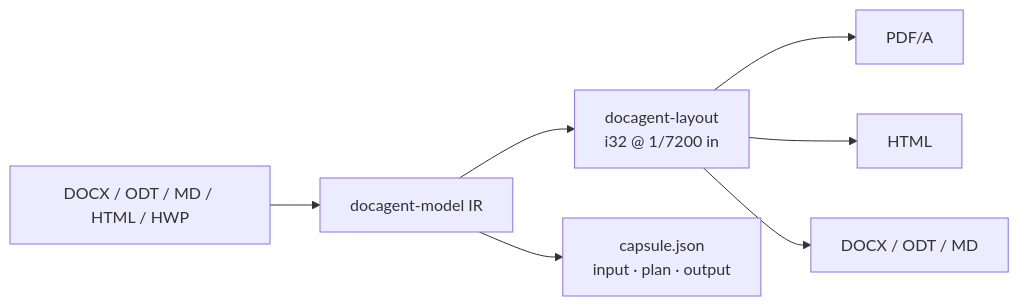
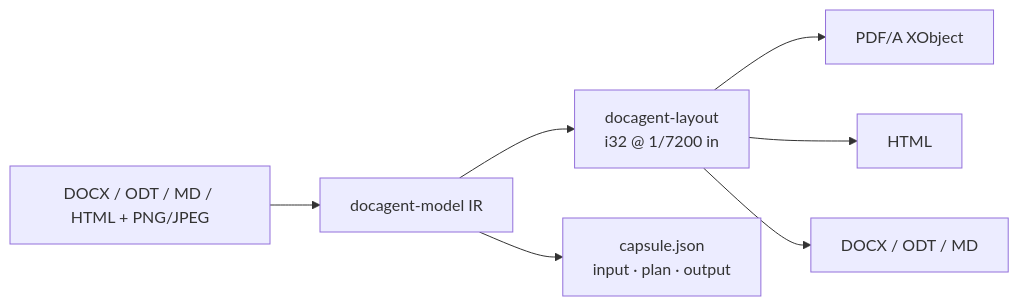
Before and after one commit to kevin9327/docagent: the diagram in README.md, drawn with Mermaid. The commit also changed other lines of this file and 39 other files, not shown here.

````diff
--- a/README.md
+++ b/README.md
@@ -209,9 +223,9 @@
 ```mermaid
 flowchart LR
-  A[DOCX / ODT / MD / HTML / HWP] --> B[docagent-model IR]
+  A[DOCX / ODT / MD / HTML + PNG/JPEG] --> B[docagent-model IR]
   B --> C[docagent-layout<br/>i32 @ 1/7200 in]
-  C --> D[PDF/A]
+  C --> D[PDF/A XObject]
   C --> E[HTML]
   C --> F[DOCX / ODT / MD]
   B --> G[capsule.json<br/>input · plan · output]
 ```
````
